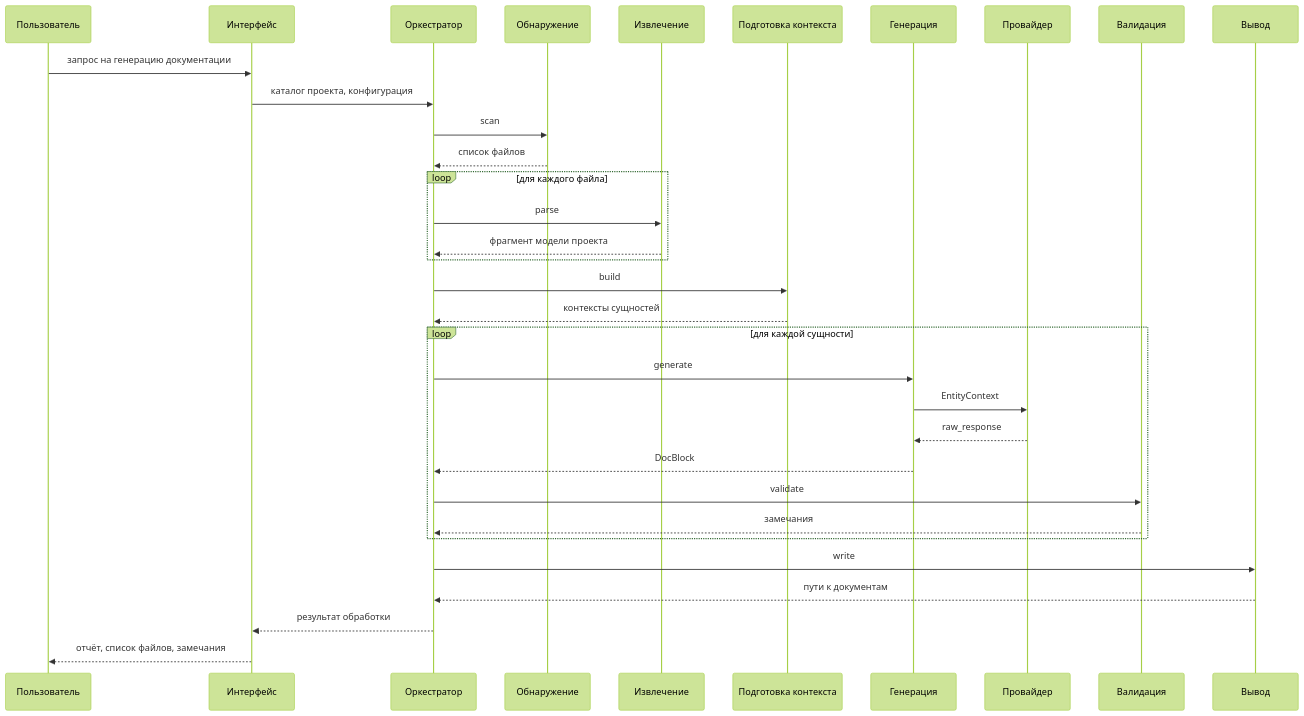
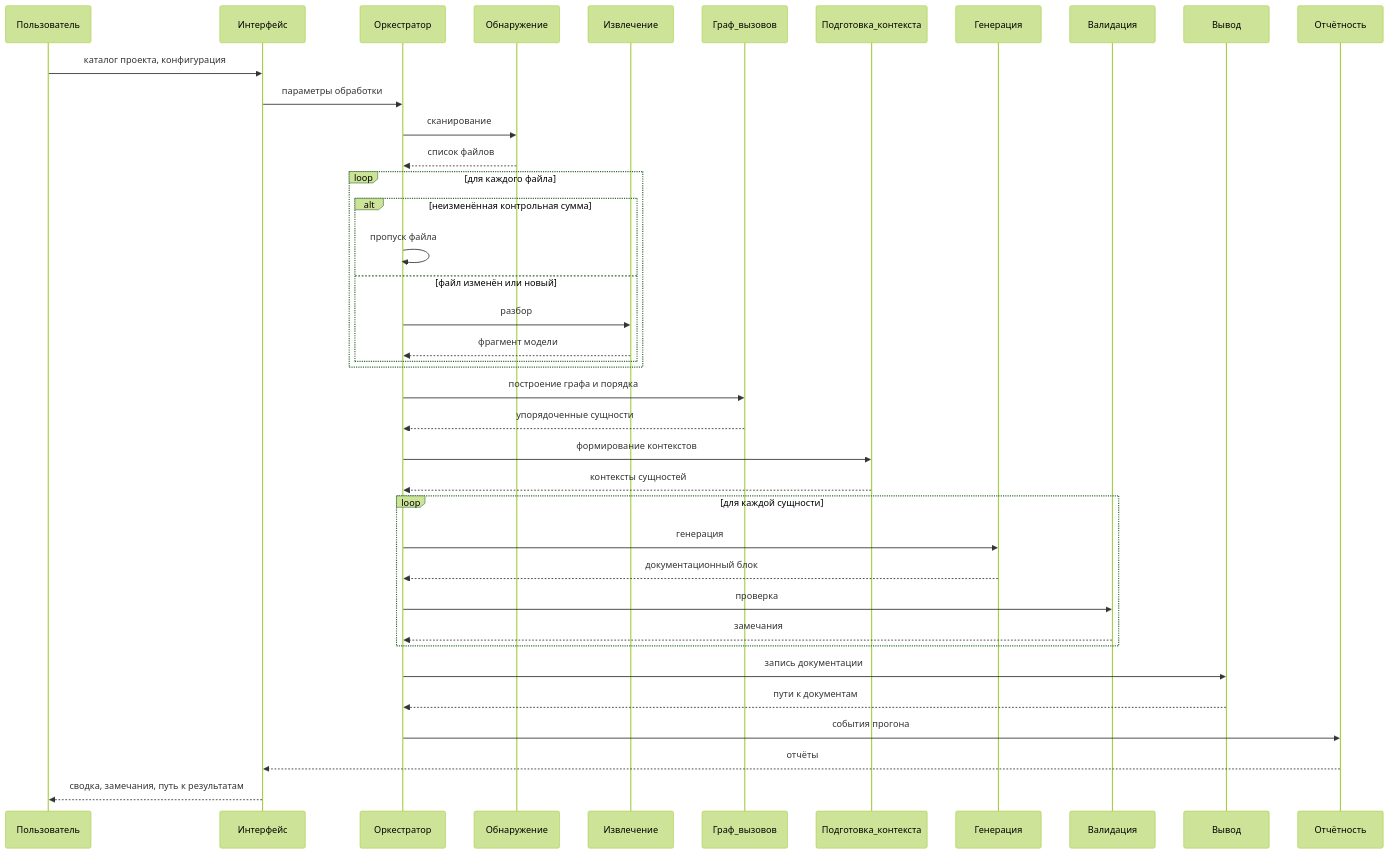
Before and after one commit to Andryss/AnDocGen: the third of 3 diagrams in docs/architecture.md, drawn with Mermaid (forest theme). The commit also changed other lines of this file, not shown here.

````diff
--- a/docs/architecture.md
+++ b/docs/architecture.md
@@ -101,36 +176,42 @@
 ```mermaid
 sequenceDiagram
     participant User as Пользователь
     participant Interface as Интерфейс
-    participant Pipeline as Оркестратор
+    participant Orchestrator as Оркестратор
     participant Discovery as Обнаружение
     participant Extraction as Извлечение
-    participant Context as Подготовка контекста
+    participant CallGraph as Граф_вызовов
+    participant Context as Подготовка_контекста
     participant Generator as Генерация
-    participant Provider as Провайдер
     participant Validator as Валидация
     participant Output as Вывод
+    participant Reporting as Отчётность
 
-    User->>Interface: запрос на генерацию документации
-    Interface->>Pipeline: каталог проекта, конфигурация
-    Pipeline->>Discovery: scan
-    Discovery-->>Pipeline: список файлов
+    User->>Interface: каталог проекта, конфигурация
+    Interface->>Orchestrator: параметры обработки
+    Orchestrator->>Discovery: сканирование
+    Discovery-->>Orchestrator: список файлов
     loop для каждого файла
-        Pipeline->>Extraction: parse
-        Extraction-->>Pipeline: фрагмент модели проекта
+        alt неизменённая контрольная сумма
+            Orchestrator->>Orchestrator: пропуск файла
+        else файл изменён или новый
+            Orchestrator->>Extraction: разбор
+            Extraction-->>Orchestrator: фрагмент модели
+        end
     end
-    Pipeline->>Context: build
-    Context-->>Pipeline: контексты сущностей
+    Orchestrator->>CallGraph: построение графа и порядка
+    CallGraph-->>Orchestrator: упорядоченные сущности
+    Orchestrator->>Context: формирование контекстов
+    Context-->>Orchestrator: контексты сущностей
     loop для каждой сущности
-        Pipeline->>Generator: generate
-        Generator->>Provider: EntityContext
-        Provider-->>Generator: raw_response
-        Generator-->>Pipeline: DocBlock
-        Pipeline->>Validator: validate
-        Validator-->>Pipeline: замечания
+        Orchestrator->>Generator: генерация
+        Generator-->>Orchestrator: документационный блок
+        Orchestrator->>Validator: проверка
+        Validator-->>Orchestrator: замечания
     end
-    Pipeline->>Output: write
-    Output-->>Pipeline: пути к документам
-    Pipeline-->>Interface: результат обработки
-    Interface-->>User: отчёт, список файлов, замечания
+    Orchestrator->>Output: запись документации
+    Output-->>Orchestrator: пути к документам
+    Orchestrator->>Reporting: события прогона
+    Reporting-->>Interface: отчёты
+    Interface-->>User: сводка, замечания, путь к результатам
 ```
````
